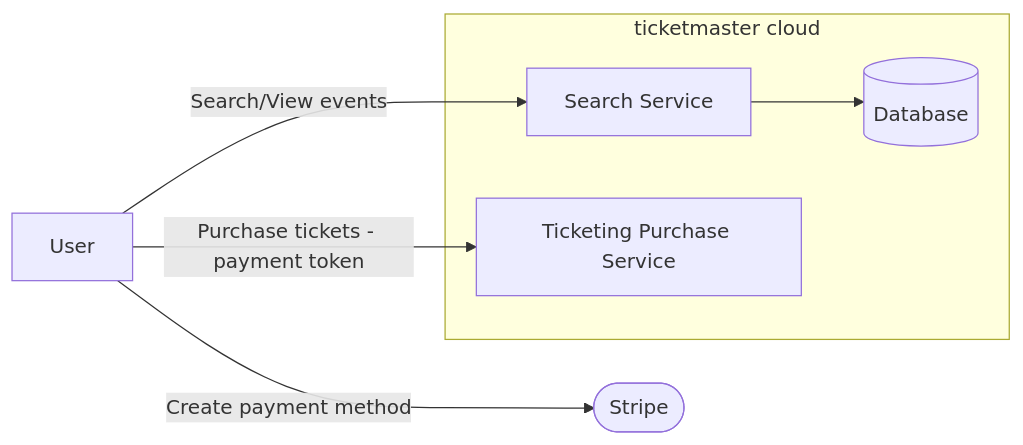
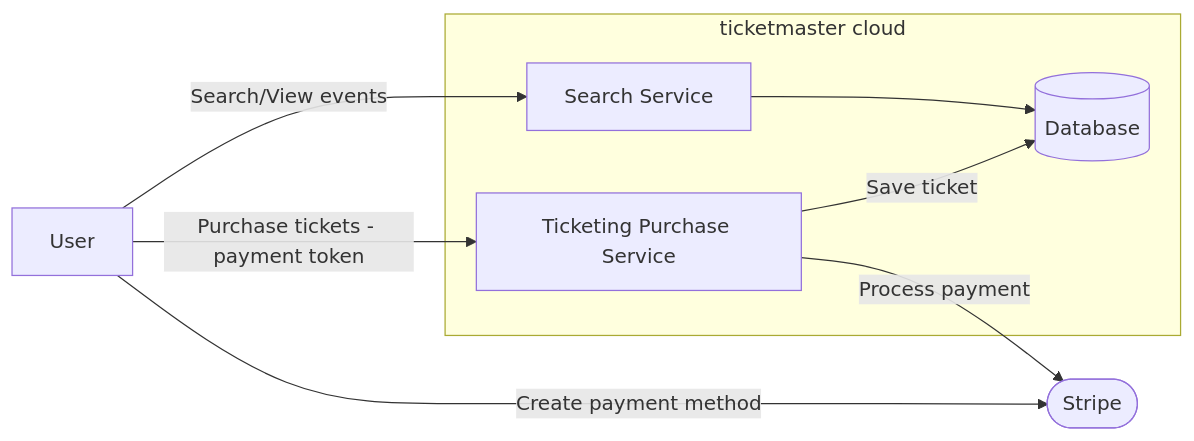
The diagram in src/system-design/ticketmaster/ticketmaster.mmd (canda/javascript-excercises), drawn with Mermaid before and after one commit.

Commit message:
Mar 1, 2026, 12:30 PM

```diff
--- a/src/system-design/ticketmaster/ticketmaster.mmd
+++ b/src/system-design/ticketmaster/ticketmaster.mmd
@@ -1,29 +1,36 @@
 %% Functional requirements
 %%   - Search for events
 %%   - View event details
 %%   - Purchase tickets
 %%   - View purchased tickets
 
 %% Non-functional requirements
 %%   - Many users should be able to search and purchase tickets simultaneously without performance degradation.
 %%   - Millions of simultaneous users trying to purchase tickets for popular events should not cause the system to crash.
 %%   - Tens of thousands of events
+
+%% Models
+%% Event: id, name, date, venue, available_tickets
+%% User: id, name, email
+%% Ticket: id, event_id, user_id, purchase_date, payment_method_id
 
 %% API
 %% /search?q={query} - GET -  Search for events
 %% /events/{event_id} - GET -  Get event details
 %% /payment-method - POST -  create a payment method (POST request with payment token from stripe)
 %% /purchase - POST -  Purchase tickets (POST request with event_id, quantity, and payment method id)
 %% /tickets - GET -  View purchased tickets (GET request with user authentication)
 
 flowchart LR
   U[User]
   subgraph ticketmaster cloud
     S[Search Service]
     D@{ shape: database, label: "Database" }
     TP[Ticketing Purchase Service]
   end
   U -->|Search/View events| S[Search Service]
   S --> D
   U -->|Create payment method| St([Stripe])
   U -->|Purchase tickets - payment token| TP
+  TP -->|Process payment| St
+  TP -->|Save ticket| D
```
